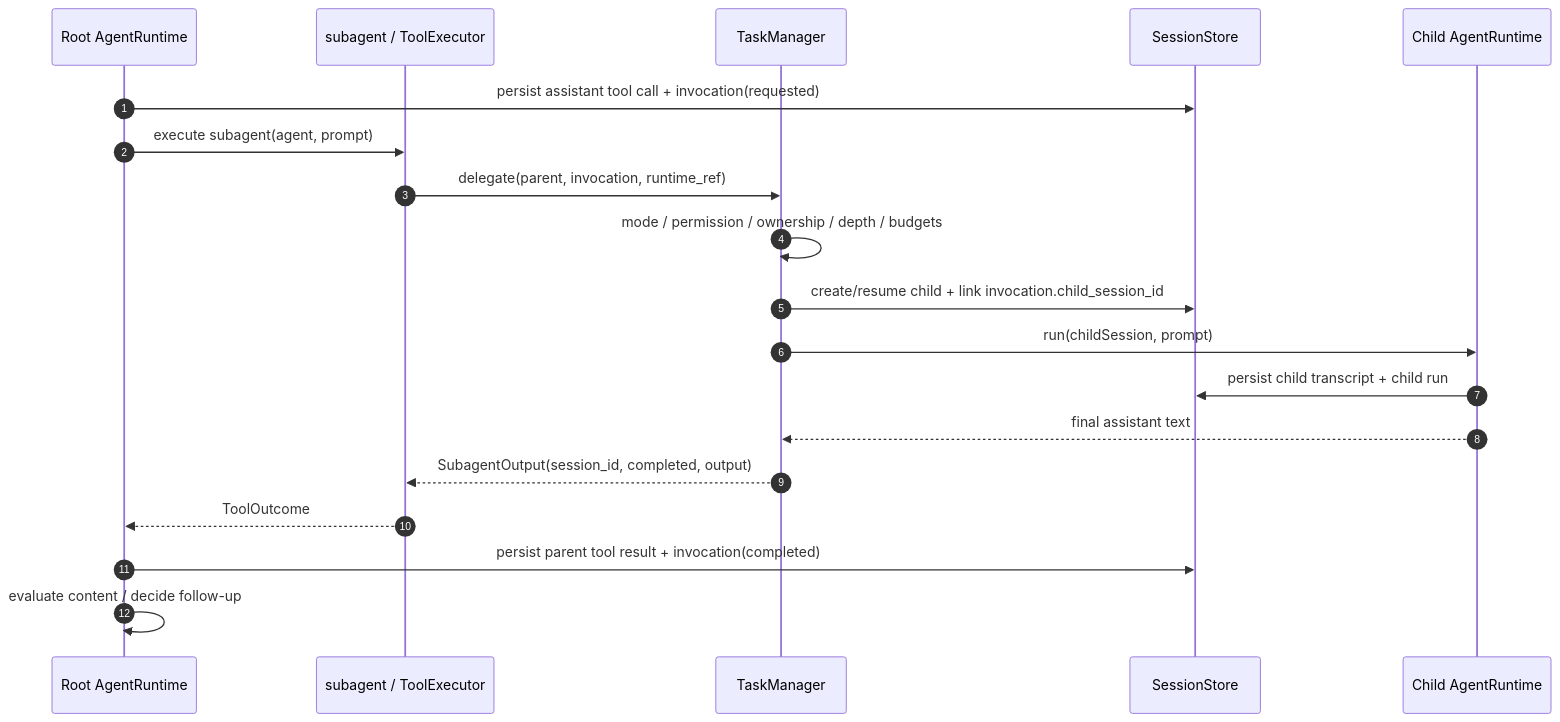
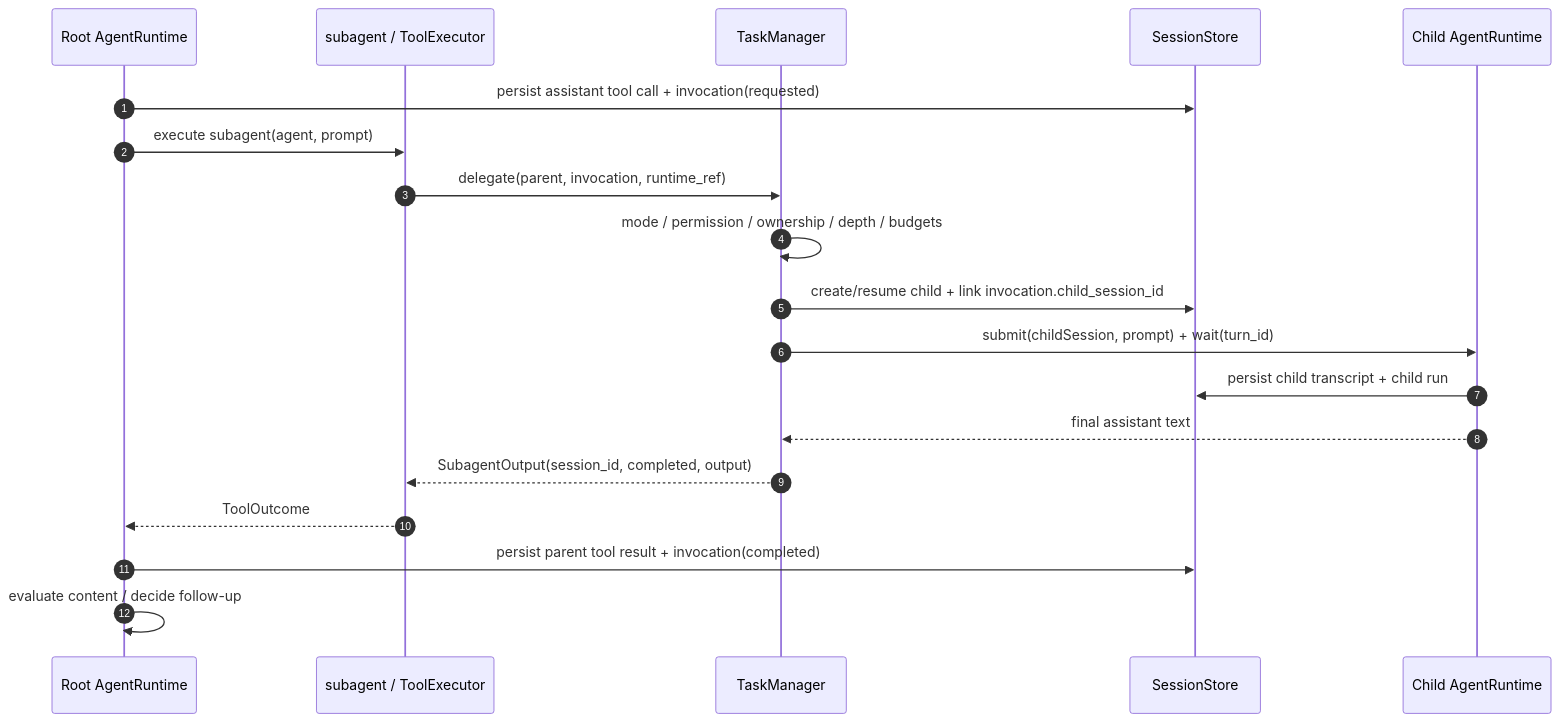
One commit to hailp-vn38/orchestrator_agent_rs changed the diagram in docs/06-delegation.md. Above: the diagram before and after it, drawn with Mermaid. The commit also changed other lines of this file and 20 other files, not shown here.

````diff
--- a/docs/06-delegation.md
+++ b/docs/06-delegation.md
@@ -32,21 +32,21 @@
 ```mermaid
 sequenceDiagram
     autonumber
     participant Root as Root AgentRuntime
     participant Tool as subagent / ToolExecutor
     participant TM as TaskManager
     participant Store as SessionStore
     participant Child as Child AgentRuntime
     Root->>Store: persist assistant tool call + invocation(requested)
     Root->>Tool: execute subagent(agent, prompt)
     Tool->>TM: delegate(parent, invocation, runtime_ref)
     TM->>TM: mode / permission / ownership / depth / budgets
     TM->>Store: create/resume child + link invocation.child_session_id
-    TM->>Child: run(childSession, prompt)
+    TM->>Child: submit(childSession, prompt) + wait(turn_id)
     Child->>Store: persist child transcript + child run
     Child-->>TM: final assistant text
     TM-->>Tool: SubagentOutput(session_id, completed, output)
     Tool-->>Root: ToolOutcome
     Root->>Store: persist parent tool result + invocation(completed)
     Root->>Root: evaluate content / decide follow-up
 ```
````
